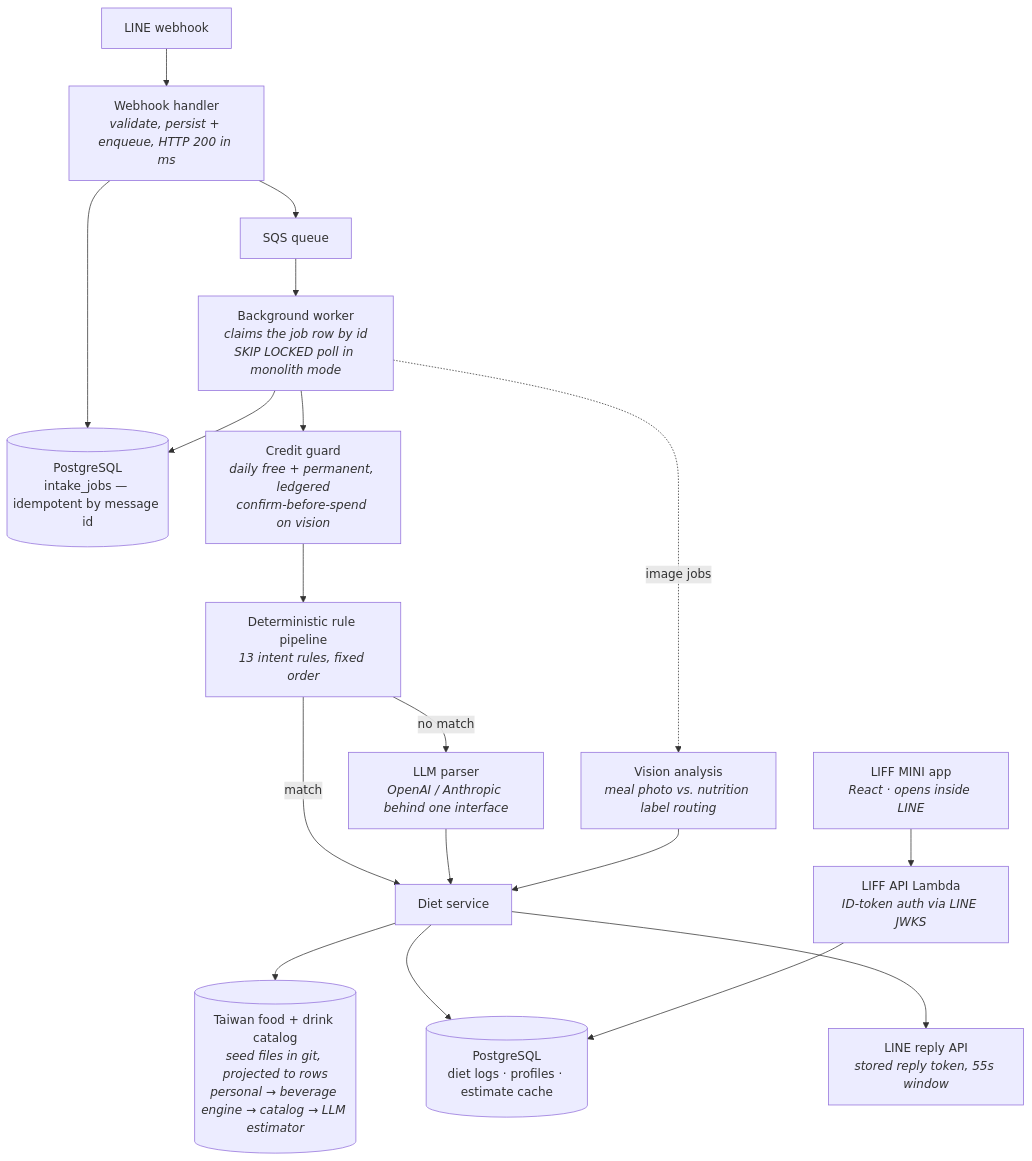
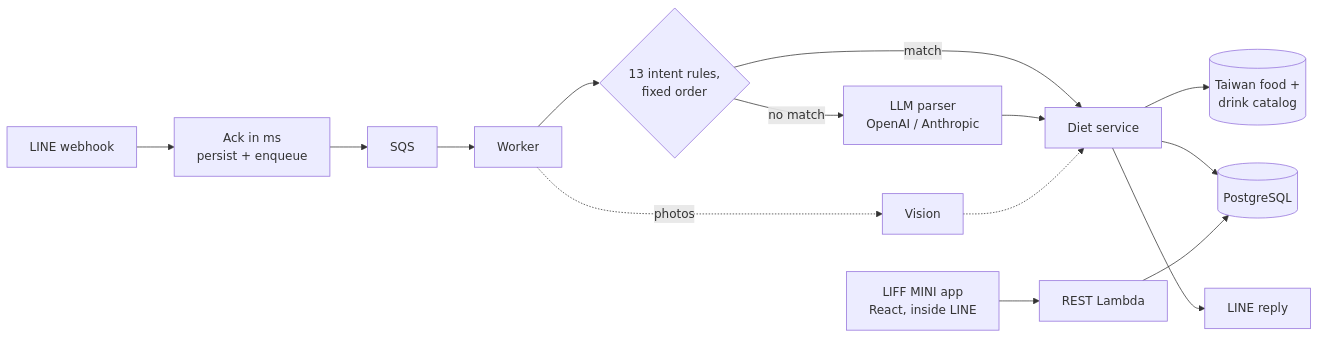
One commit to jeffery12697/fitneko-case-study changed the diagram in README.md. Above: the diagram before and after it, drawn with Mermaid. The commit also changed other lines of this file, not shown here.

Commit message:
README: distill the architecture diagram to its essence

````diff
--- a/README.md
+++ b/README.md
@@ -28,20 +28,12 @@
 ```mermaid
-flowchart TD
-    LINE[LINE webhook] --> WH[Webhook handler<br/><i>validate, persist + enqueue, HTTP 200 in ms</i>]
-    WH --> DB[(PostgreSQL<br/>intake_jobs — idempotent by message id)]
-    WH --> Q[SQS queue]
-    Q --> W[Background worker<br/><i>claims the job row by id<br/>SKIP LOCKED poll in monolith mode</i>]
-    W --> DB
-    W --> CRED[Credit guard<br/><i>daily free + permanent, ledgered<br/>confirm-before-spend on vision</i>]
-    CRED --> RP[Deterministic rule pipeline<br/><i>13 intent rules, fixed order</i>]
-    RP -->|no match| LLM[LLM parser<br/><i>OpenAI / Anthropic behind one interface</i>]
+flowchart LR
+    LINE[LINE webhook] --> WH[Ack in ms<br/>persist + enqueue] --> Q[SQS] --> W[Worker]
+    W --> RP{13 intent rules,<br/>fixed order}
     RP -->|match| SVC[Diet service]
-    LLM --> SVC
-    SVC --> CAT[(Taiwan food + drink catalog<br/><i>seed files in git, projected to rows<br/>personal → beverage engine → catalog → LLM estimator</i>)]
-    SVC --> PG[(PostgreSQL<br/>diet logs · profiles · estimate cache)]
-    SVC --> REPLY[LINE reply API<br/><i>stored reply token, 55s window</i>]
-    W -.->|image jobs| VIS[Vision analysis<br/><i>meal photo vs. nutrition label routing</i>]
-    VIS --> SVC
-    LIFF[LIFF MINI app<br/><i>React · opens inside LINE</i>] --> API[LIFF API Lambda<br/><i>ID-token auth via LINE JWKS</i>]
-    API --> PG
+    RP -->|no match| LLM[LLM parser<br/>OpenAI / Anthropic] --> SVC
+    W -.->|photos| VIS[Vision] -.-> SVC
+    SVC --> CAT[(Taiwan food +<br/>drink catalog)]
+    SVC --> PG[(PostgreSQL)]
+    SVC --> REPLY[LINE reply]
+    LIFF[LIFF MINI app<br/>React, inside LINE] --> API[REST Lambda] --> PG
 ```
````
